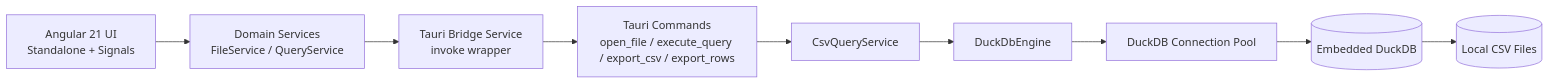
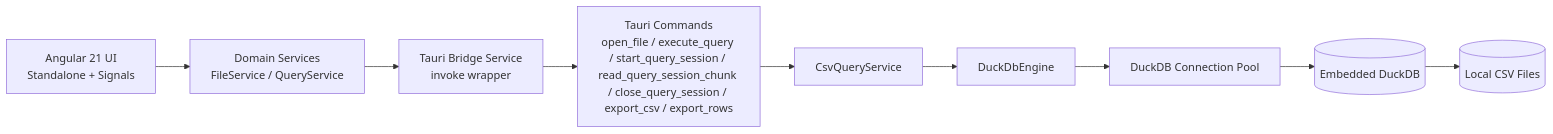
One commit to karoc123/tapir-query changed the diagram in docs/architecture.md. Above: the diagram before and after it, drawn with Mermaid. The commit also changed other lines of this file and 21 other files, not shown here.

````diff
--- a/docs/architecture.md
+++ b/docs/architecture.md
@@ -16,11 +16,11 @@
 ```mermaid
 flowchart LR
   UI[Angular 21 UI<br/>Standalone + Signals] --> Domain[Domain Services<br/>FileService / QueryService]
   Domain --> Bridge[Tauri Bridge Service<br/>invoke wrapper]
-  Bridge --> Cmd[Tauri Commands<br/>open_file / execute_query / export_csv / export_rows]
+  Bridge --> Cmd[Tauri Commands<br/>open_file / execute_query / start_query_session / read_query_session_chunk / close_query_session / export_csv / export_rows]
   Cmd --> Svc[CsvQueryService]
   Svc --> Engine[DuckDbEngine]
   Engine --> Pool[DuckDB Connection Pool]
   Pool --> DuckDB[(Embedded DuckDB)]
   DuckDB --> CSV[(Local CSV Files)]
 ```
````
